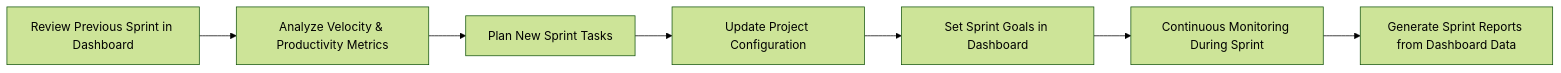
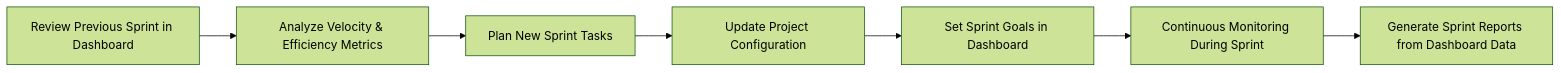
One commit to Shakour-Data/AutoProjectManagement changed the eighth of 13 diagrams in Docs/entire_project/Quick_Start_Guide/Quick_Start_Guide.md. Above: the diagram before and after it, drawn with Mermaid (forest theme). The commit also changed other lines of this file, not shown here.

````diff
--- a/Docs/entire_project/Quick_Start_Guide/Quick_Start_Guide.md
+++ b/Docs/entire_project/Quick_Start_Guide/Quick_Start_Guide.md
@@ -2176,9 +634,9 @@
 ```mermaid
 graph LR
-    A[Review Previous Sprint in Dashboard] --> B[Analyze Velocity & Productivity Metrics]
+    A[Review Previous Sprint in Dashboard] --> B[Analyze Velocity & Efficiency Metrics]
     B --> C[Plan New Sprint Tasks]
     C --> D[Update Project Configuration]
     D --> E[Set Sprint Goals in Dashboard]
     E --> F[Continuous Monitoring During Sprint]
     F --> G[Generate Sprint Reports from Dashboard Data]
 ```
````
